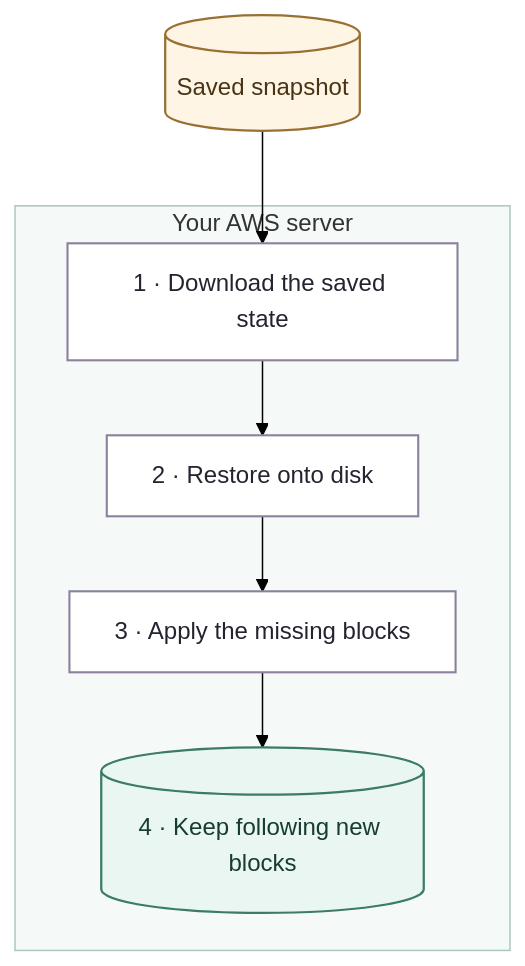
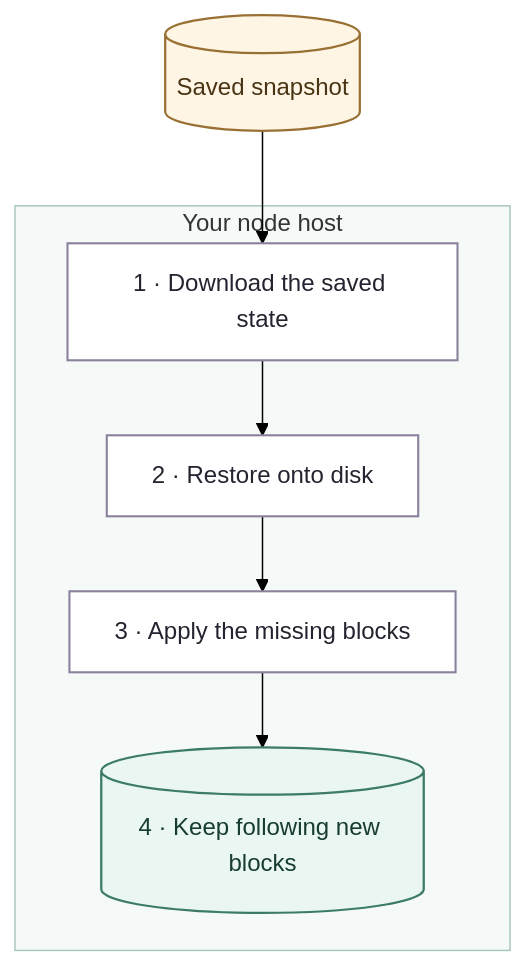
Before and after one commit to vrajdesai78/farcaster-bounty: the diagram in site/diagrams/sync-mobile.mmd, drawn with Mermaid (forest theme). The commit also changed 25 other files, not shown here.

```diff
--- a/site/diagrams/sync-mobile.mmd
+++ b/site/diagrams/sync-mobile.mmd
@@ -1,18 +1,18 @@
 flowchart TB
 accTitle: How a new node catches up
 accDescr: A saved snapshot is downloaded and restored onto the server disk. The node applies blocks made after the snapshot, then keeps applying new committed blocks.
 snapshot[("Saved snapshot")]:::network
-subgraph S["Your AWS server"]
+subgraph S["Your node host"]
  download["1 · Download the saved state"]:::service
  restore["2 · Restore onto disk"]:::service
  catchup["3 · Apply the missing blocks"]:::service
  live[("4 · Keep following new blocks")]:::data
 end
 snapshot --> download
  download --> restore --> catchup --> live
 style S fill:#f5faf8,stroke:#aac7be
 classDef device fill:#f1edff,stroke:#795acb,color:#24183e,stroke-width:1.5px
 classDef service fill:#ffffff,stroke:#8b819d,color:#262330,stroke-width:1.4px
 classDef data fill:#eaf6f2,stroke:#3c7b68,color:#173c31,stroke-width:1.5px
 classDef network fill:#fff5e5,stroke:#997033,color:#493414,stroke-width:1.5px
 classDef done fill:#eaf6f2,stroke:#3c7b68,color:#173c31,stroke-width:1.5px
```
